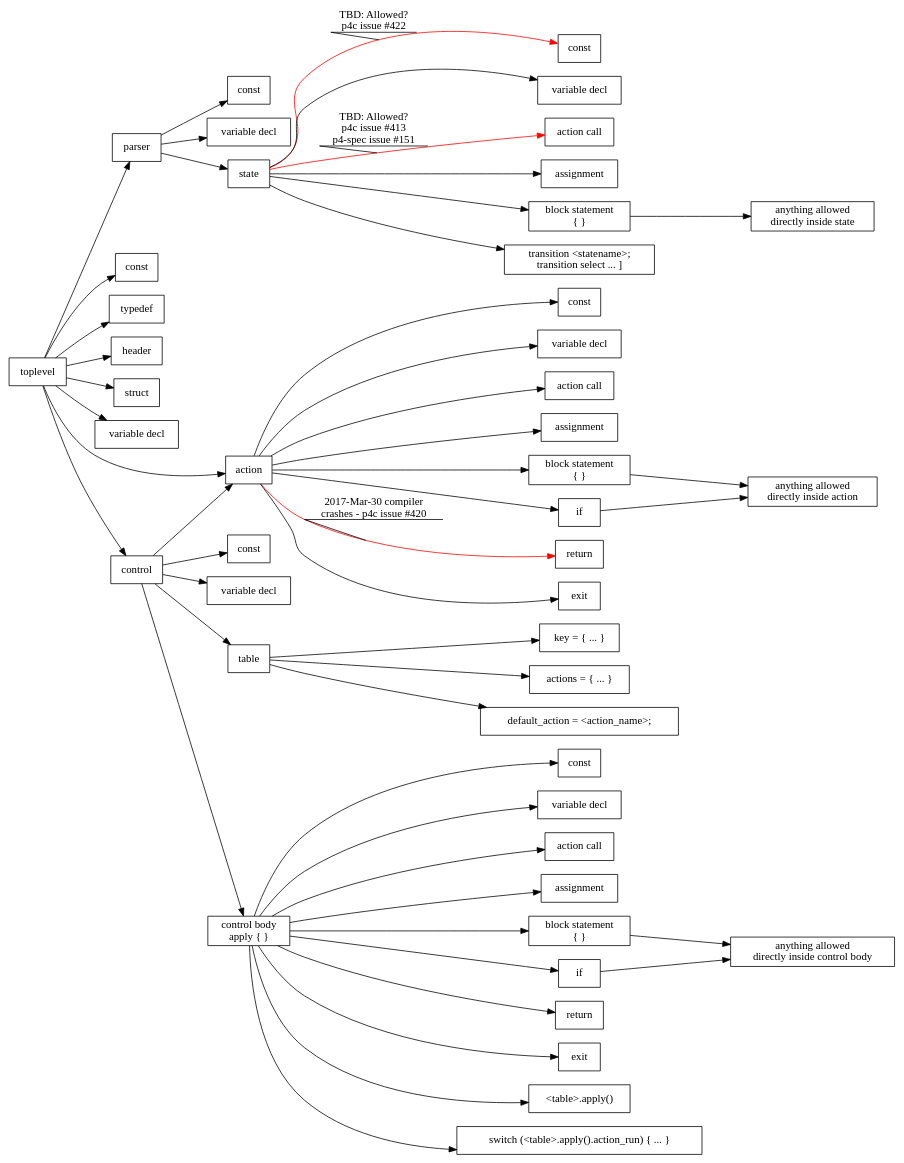
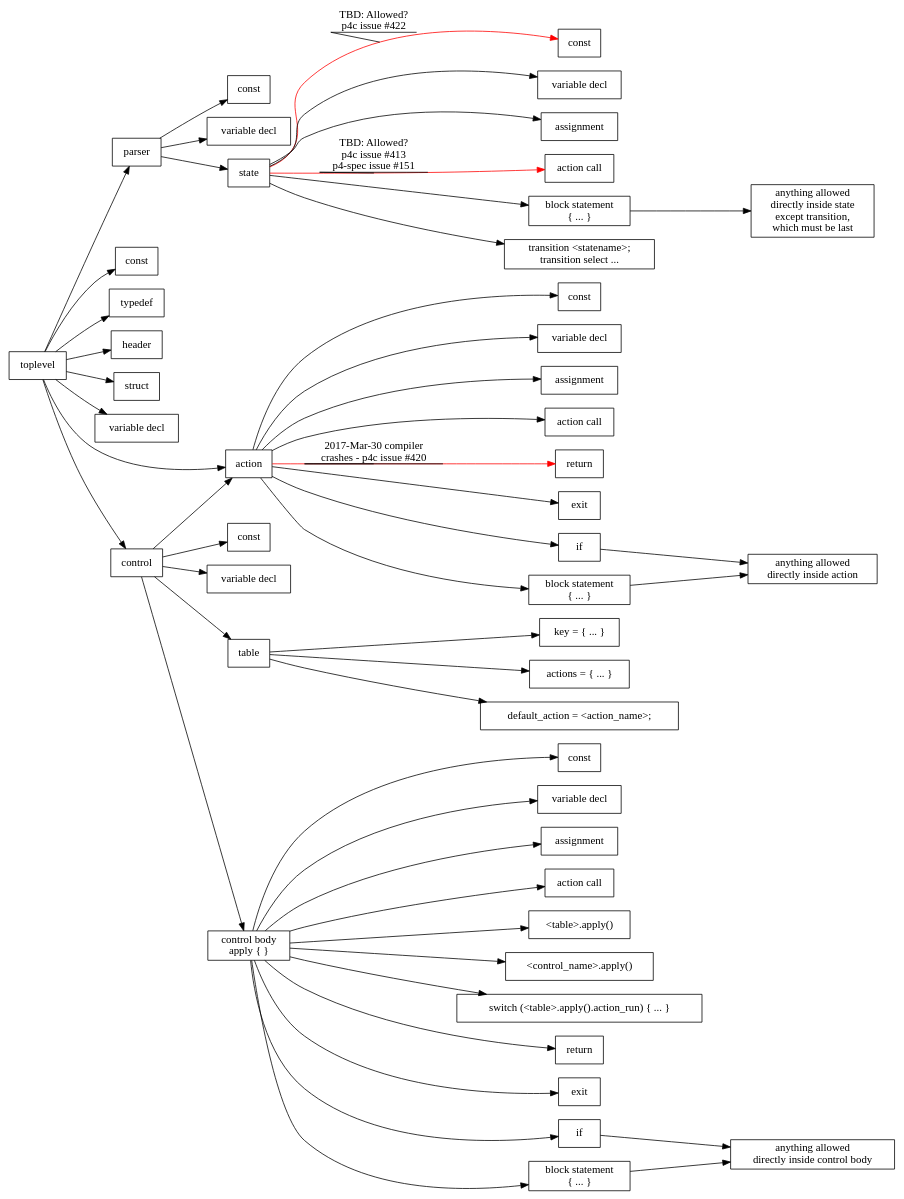
One commit to jafingerhut/p4-guide changed the diagram in p4-16-allowed-constructs.dot. Above: the diagram before and after it, drawn with Graphviz. The commit also changed 3 other files, not shown here.

First line of the commit message:
Add <control_name>.apply(), and reorder things in .dot file

```diff
--- a/p4-16-allowed-constructs.dot
+++ b/p4-16-allowed-constructs.dot
@@ -1,136 +1,138 @@
 digraph p4_16_allowed_construct_nesting {
 
     node [shape=box];
     rankdir=LR;
     
     
     toplevel -> parserDeclaration;
     parserDeclaration [label="parser"];
     toplevel -> constantDeclaration1;
     constantDeclaration1 [label="const"];
     toplevel -> typedefDeclaration;
     typedefDeclaration [label="typedef"];
     toplevel -> headerTypeDeclaration;
     headerTypeDeclaration [label="header"];
     toplevel -> structTypeDeclaration;
     structTypeDeclaration [label="struct"];
     toplevel -> variableDeclaration1;
     variableDeclaration1 [label="variable decl"];
     toplevel -> actionDeclaration;
     actionDeclaration [label="action"];
     toplevel -> controlDeclaration;
     controlDeclaration [label="control"];
 
     // this is 'parser <name> (<parameters>) { ... }'
     parserDeclaration -> constantDeclaration2;
     constantDeclaration2 [label="const"];
     parserDeclaration -> variableDeclaration2;
     variableDeclaration2 [label="variable decl"];
     parserDeclaration -> parserState;
 
     parserState [label="state"];
     parserState -> constantDeclaration3 [color=red label="TBD: Allowed?\np4c issue #422" decorate=True];
     constantDeclaration3 [label="const"];
     parserState -> variableDeclaration3;
     variableDeclaration3 [label="variable decl"];
+    parserState -> assignmentStatement3;
+    assignmentStatement3 [label="assignment"];
     parserState -> actionCallStatement3 [color=red label="TBD: Allowed?\np4c issue #413\np4-spec issue #151" decorate=True];
     actionCallStatement3 [label="action call"];
-    parserState -> assignmentStatement3;
-    assignmentStatement3 [label="assignment"];
     parserState -> blockStatement3;
-    blockStatement3 [label="block statement\n{ }"];
+    blockStatement3 [label="block statement\n{ ... }"];
     blockStatement3 -> blockStatementInParserState;
-    blockStatementInParserState [label="anything allowed\ndirectly inside state"];
+    blockStatementInParserState [label="anything allowed\ndirectly inside state\nexcept transition,\nwhich must be last"];
     parserState -> transitionStatement;
-    transitionStatement [label="transition <statename>;\ntransition select ... ]"];
+    transitionStatement [label="transition <statename>;\ntransition select ..."];
 
     controlDeclaration -> constantDeclaration4;
     constantDeclaration4 [label="const"];
     controlDeclaration -> variableDeclaration4;
     variableDeclaration4 [label="variable decl"];
     controlDeclaration -> actionDeclaration;
     controlDeclaration -> tableDeclaration;
     controlDeclaration -> controlBody;
     controlBody [label="control body\napply { }"];
 
     tableDeclaration [label="table"];
     tableDeclaration -> tablePropertyKey;
     tablePropertyKey [label="key = { ... }"];
     tableDeclaration -> tablePropertyActions;
     tablePropertyActions [label="actions = { ... }"];
     tableDeclaration -> tablePropertyDefaultAction;
     tablePropertyDefaultAction [label="default_action = <action_name>;"];
 
     actionDeclaration -> constantDeclaration5;
     constantDeclaration5 [label="const"];
     actionDeclaration -> variableDeclaration5;
     variableDeclaration5 [label="variable decl"];
+    actionDeclaration -> assignmentStatement5;
+    assignmentStatement5 [label="assignment"];
     actionDeclaration -> actionCallStatement5;
     actionCallStatement5 [label="action call"];
-    actionDeclaration -> assignmentStatement5;
-    assignmentStatement5 [label="assignment"];
-    actionDeclaration -> blockStatement5;
-    blockStatement5 [label="block statement\n{ }"];
-    blockStatement5 -> blockStatementInActionDeclaration;
-    blockStatementInActionDeclaration [label="anything allowed\ndirectly inside action"];
-    actionDeclaration -> conditionalStatement5;
-    conditionalStatement5 [label="if"];
-    conditionalStatement5 -> blockStatementInActionDeclaration;
     actionDeclaration -> returnStatement5 [color=red label="2017-Mar-30 compiler\ncrashes - p4c issue #420" decorate=True];
     returnStatement5 [label="return"];
     actionDeclaration -> exitStatement5;
     exitStatement5 [label="exit"];
+    actionDeclaration -> conditionalStatement5;
+    conditionalStatement5 [label="if"];
+    conditionalStatement5 -> blockStatementInActionDeclaration;
+    actionDeclaration -> blockStatement5;
+    blockStatement5 [label="block statement\n{ ... }"];
+    blockStatement5 -> blockStatementInActionDeclaration;
+    blockStatementInActionDeclaration [label="anything allowed\ndirectly inside action"];
 
     // I am making up actionCallStatement.  It might most closely
     // correspond in P4_16 grammar to assignmentOrMethodCallStatement.
     //actionCallStatement
 
     controlBody -> constantDeclaration6;
     constantDeclaration6 [label="const"];
     controlBody -> variableDeclaration6;
     variableDeclaration6 [label="variable decl"];
+    controlBody -> assignmentStatement6;
+    assignmentStatement6 [label="assignment"];
     controlBody -> actionCallStatement6;
     actionCallStatement6 [label="action call"];
-    controlBody -> assignmentStatement6;
-    assignmentStatement6 [label="assignment"];
-    controlBody -> blockStatement6;
-    blockStatement6 [label="block statement\n{ }"];
-    blockStatement6 -> blockStatementInControlBody;
-    blockStatementInControlBody [label="anything allowed\ndirectly inside control body"];
-    controlBody -> conditionalStatement6;
-    conditionalStatement6 [label="if"];
-    conditionalStatement6 -> blockStatementInControlBody;
+    controlBody -> tableApplyCall6;
+    tableApplyCall6 [label="<table>.apply()"];
+    controlBody -> controlCallStatement6;
+    controlCallStatement6 [label="<control_name>.apply()"];
+    controlBody -> switchStatement6;
+    switchStatement6 [label="switch (<table>.apply().action_run) { ... }"];
     controlBody -> returnStatement6;
     returnStatement6 [label="return"];
     controlBody -> exitStatement6;
     exitStatement6 [label="exit"];
-    controlBody -> tableApplyCall6;
-    tableApplyCall6 [label="<table>.apply()"];
-    controlBody -> switchStatement6;
-    switchStatement6 [label="switch (<table>.apply().action_run) { ... }"];
+    controlBody -> conditionalStatement6;
+    conditionalStatement6 [label="if"];
+    conditionalStatement6 -> blockStatementInControlBody;
+    controlBody -> blockStatement6;
+    blockStatement6 [label="block statement\n{ ... }"];
+    blockStatement6 -> blockStatementInControlBody;
+    blockStatementInControlBody [label="anything allowed\ndirectly inside control body"];
 
-//    blockStatement [label="block statement\n{ }"];
+//    blockStatement [label="block statement\n{ ... }"];
 //    blockStatement -> constantDeclaration7;
 //    constantDeclaration7 [label="const"];
 //    blockStatement -> variableDeclaration7;
 //    variableDeclaration7 [label="variable decl"];
 //    blockStatement -> actionCallStatement7;
 //    actionCallStatement7 [label="action call"];
 //    blockStatement -> assignmentStatement7;
 //    assignmentStatement7 [label="assignment"];
 //    blockStatement -> blockStatement;
 //    blockStatement -> conditionalStatement7 [label="unless block is\ninside state" decorate=True];
 //    conditionalStatement7 [label="if"];
 //    conditionalStatement7 -> conditionalStatement7;
 //    blockStatement -> returnStatement7 [label="unless block is\ninside state" decorate=True];
 //    returnStatement7 [label="return"];
 //    blockStatement -> exitStatement7 [label="unless block is\ninside state" decorate=True];
 //    exitStatement7 [label="exit"];
 //    blockStatement -> tableApplyCall7 [label="only in\ncontrol body\n'apply'" decorate=True];
 //    tableApplyCall7 [label="<table>.apply()"];
 //    blockStatement -> switchStatement7 [label="only in\ncontrol body\n'apply'" decorate=True];
 //    switchStatement7 [label="switch (<table>.apply().action_run) { ... }"];
 
 //    conditionalStatement [label="if"];
 //    conditionalStatement -> conditionalStatement;
 }
```
